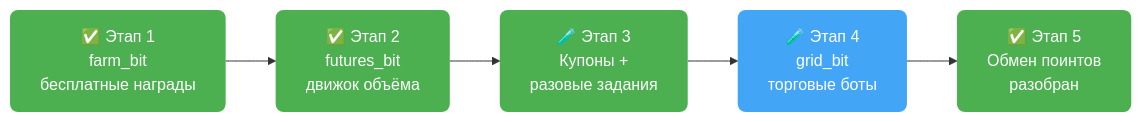
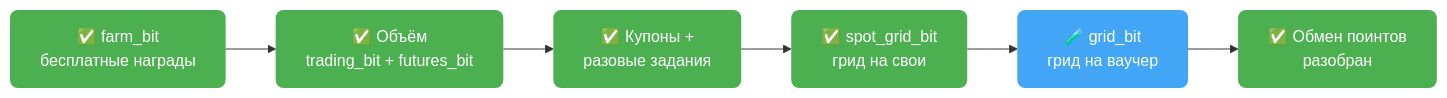
The third of 3 diagrams in src/content/docs/exchanges/bitget-autopilot/farm-progress.md (AutoPilotSoftware/docs), drawn with Mermaid before and after one commit. The commit also changed other lines of this file, not shown here.

````diff
--- a/src/content/docs/exchanges/bitget-autopilot/farm-progress.md
+++ b/src/content/docs/exchanges/bitget-autopilot/farm-progress.md
@@ -415,12 +512,14 @@
 ```mermaid
 flowchart LR
-    A["✅ Этап 1<br/>farm_bit<br/>бесплатные награды"] --> B["✅ Этап 2<br/>futures_bit<br/>движок объёма"]
-    B --> C["🧪 Этап 3<br/>Купоны +<br/>разовые задания"]
-    C --> D["🧪 Этап 4<br/>grid_bit<br/>торговые боты"]
-    D --> E["✅ Этап 5<br/>Обмен поинтов<br/>разобран"]
+    A["✅ farm_bit<br/>бесплатные награды"] --> B["✅ Объём<br/>trading_bit + futures_bit"]
+    B --> C["✅ Купоны +<br/>разовые задания"]
+    C --> D["✅ spot_grid_bit<br/>грид на свои"]
+    D --> E["🧪 grid_bit<br/>грид на ваучер"]
+    E --> F["✅ Обмен поинтов<br/>разобран"]
     style A fill:#4CAF50,color:#fff,stroke:none,rx:8
     style B fill:#4CAF50,color:#fff,stroke:none,rx:8
     style C fill:#4CAF50,color:#fff,stroke:none,rx:8
-    style D fill:#42A5F5,color:#fff,stroke:none,rx:8
-    style E fill:#4CAF50,color:#fff,stroke:none,rx:8
+    style D fill:#4CAF50,color:#fff,stroke:none,rx:8
+    style E fill:#42A5F5,color:#fff,stroke:none,rx:8
+    style F fill:#4CAF50,color:#fff,stroke:none,rx:8
 ```
````
